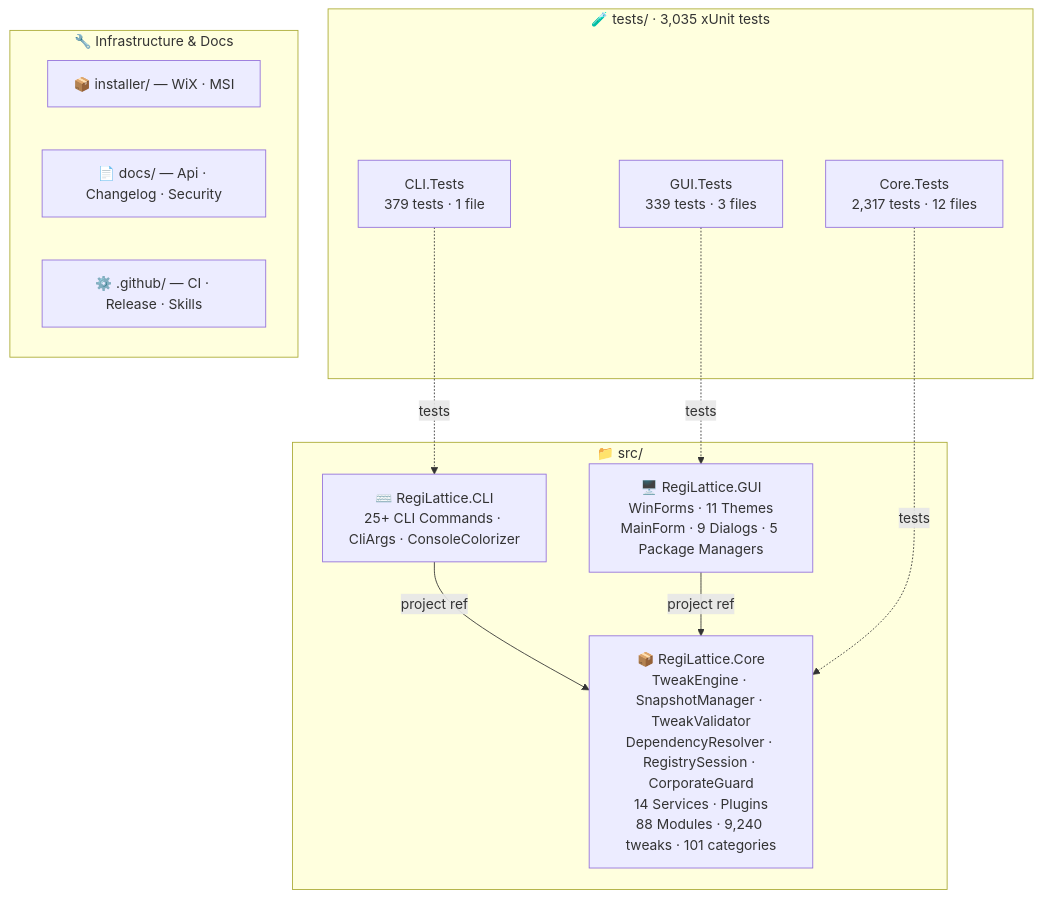
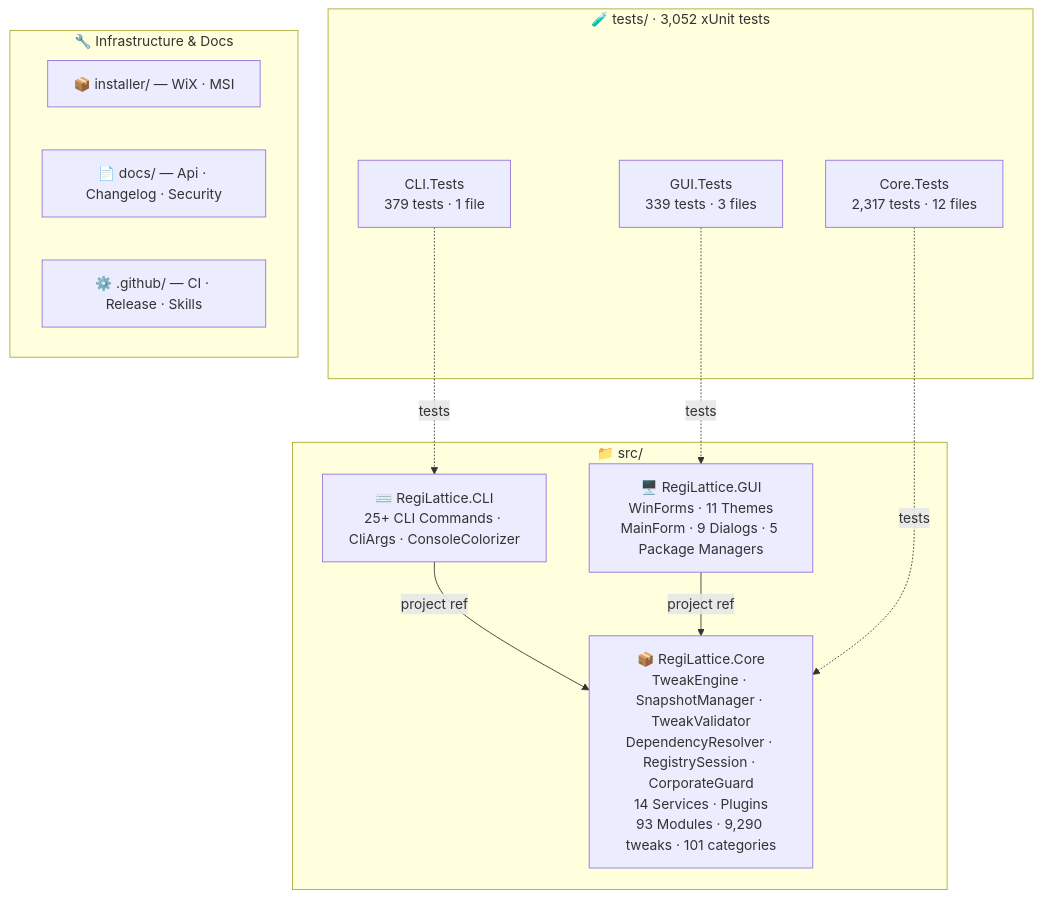
One commit to RajwanYair/RegiLattice changed the second of 2 diagrams in README.md. Above: the diagram before and after it, drawn with Mermaid. The commit also changed other lines of this file and 16 other files, not shown here.

First line of the commit message:
feat(tweaks): v6.3.0 — 5 new policy modules, 50 tweaks (Sprints 642-646)

````diff
--- a/README.md
+++ b/README.md
@@ -255,26 +255,26 @@
 ```mermaid
 graph TD
     subgraph SRC["📁 src/"]
-        CORE["📦 RegiLattice.Core<br/>TweakEngine · SnapshotManager · TweakValidator<br/>DependencyResolver · RegistrySession · CorporateGuard<br/>14 Services · Plugins<br/>88 Modules · 9,240 tweaks · 101 categories"]
+        CORE["📦 RegiLattice.Core<br/>TweakEngine · SnapshotManager · TweakValidator<br/>DependencyResolver · RegistrySession · CorporateGuard<br/>14 Services · Plugins<br/>93 Modules · 9,290 tweaks · 101 categories"]
         GUI["🖥️ RegiLattice.GUI<br/>WinForms · 11 Themes<br/>MainForm · 9 Dialogs · 5 Package Managers"]
         CLI["⌨️ RegiLattice.CLI<br/>25+ CLI Commands · CliArgs · ConsoleColorizer"]
     end
 
-    subgraph TST["🧪 tests/  ·  3,035 xUnit tests"]
+    subgraph TST["🧪 tests/  ·  3,052 xUnit tests"]
         CT["Core.Tests<br/>2,317 tests · 12 files"]
         CLT["CLI.Tests<br/>379 tests · 1 file"]
         GT["GUI.Tests<br/>339 tests · 3 files"]
     end
 
     subgraph INFRA["🔧 Infrastructure & Docs"]
         INST["📦 installer/ — WiX · MSI"]
         DOCS["📄 docs/ — Api · Changelog · Security"]
         GH["⚙️ .github/ — CI · Release · Skills"]
     end
 
     CLI -->|project ref| CORE
     GUI -->|project ref| CORE
     CT -.->|tests| CORE
     CLT -.->|tests| CLI
     GT -.->|tests| GUI
 ```
````
